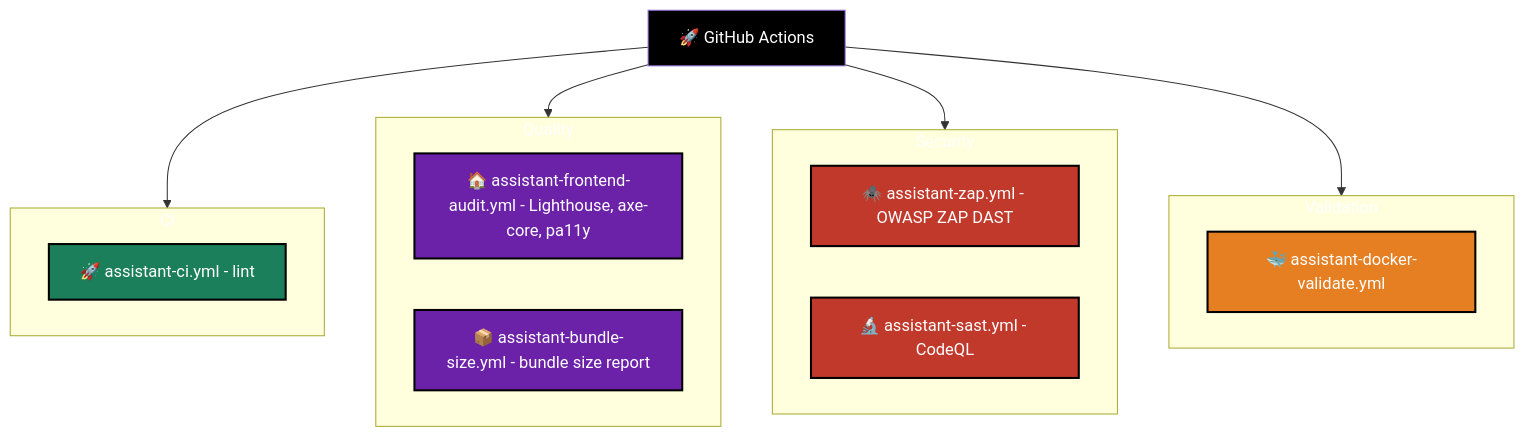
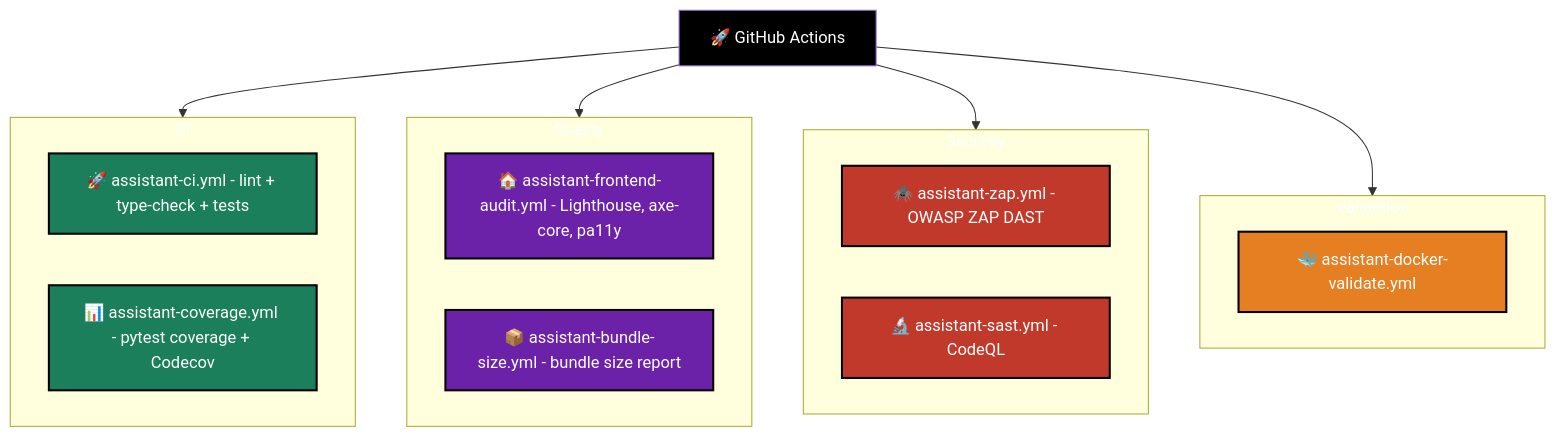
Before and after one commit to developer-samuel/levelup-store: the diagram in apps/assistant/docs/diagrams/graphs/tooling/workflows.mmd, drawn with Mermaid. The commit also changed 7 other files, not shown here.

Commit message:
docs: update assistant documentation and testing diagrams

```diff
--- a/apps/assistant/docs/diagrams/graphs/tooling/workflows.mmd
+++ b/apps/assistant/docs/diagrams/graphs/tooling/workflows.mmd
@@ -1,42 +1,43 @@
 graph TD
     %% Class Styles
     classDef root fill:#000, color:#fff;
     classDef ci fill:#1a7f5a, color:#fff, stroke:#000, stroke-width:2px;
     classDef quality fill:#6b21a8, color:#fff, stroke:#000, stroke-width:2px;
     classDef security fill:#c0392b, color:#fff, stroke:#000, stroke-width:2px;
     classDef validation fill:#e67e22, color:#fff, stroke:#000, stroke-width:2px;
 
     %% Root
     GHA[🚀 GitHub Actions]:::root
 
     %% ── CI ────────────────────────────────────────────────────────────────────
 
     subgraph CI["CI"]
-        CIYml[🚀 assistant-ci.yml - lint]:::ci
+        CIYml[🚀 assistant-ci.yml - lint + type-check + tests]:::ci
+        CoverageYml[📊 assistant-coverage.yml - pytest coverage + Codecov]:::ci
     end
 
     %% ── Quality ───────────────────────────────────────────────────────────────
 
     subgraph Quality["Quality"]
         FrontendAudit[🏠 assistant-frontend-audit.yml - Lighthouse, axe-core, pa11y]:::quality
         BundleSize[📦 assistant-bundle-size.yml - bundle size report]:::quality
     end
 
     %% ── Security ──────────────────────────────────────────────────────────────
 
     subgraph Security["Security"]
         Zap[🕷️ assistant-zap.yml - OWASP ZAP DAST]:::security
         Sast[🔬 assistant-sast.yml - CodeQL]:::security
     end
 
     %% ── Validation ────────────────────────────────────────────────────────────
 
     subgraph Validation["Validation"]
         DockerValidate[🐳 assistant-docker-validate.yml]:::validation
     end
 
     %% Connections
     GHA --> CI
     GHA --> Quality
     GHA --> Security
     GHA --> Validation
```
